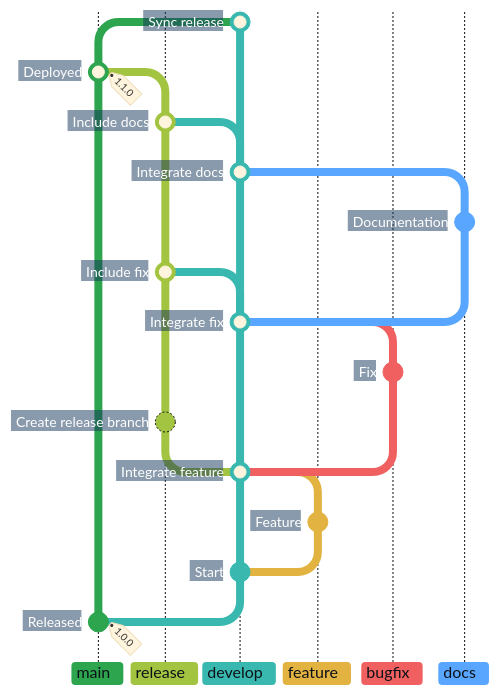
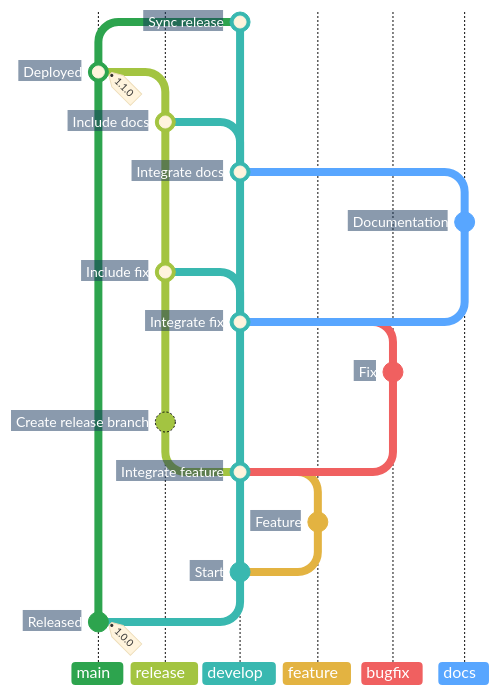
One commit to superhero/operations.superduper.solutions changed the first of 3 diagrams in docs/adr/cicd.md. Above: the diagram before and after it, drawn with Mermaid. The commit also changed other lines of this file, not shown here.

Commit message:
docs: tighten and brighten Git graph branch labels

````diff
--- a/docs/adr/cicd.md
+++ b/docs/adr/cicd.md
@@ -51,40 +51,40 @@
 ```mermaid
-%%{init: {"theme": "base", "themeCSS": ".commit-labels g:nth-last-of-type(-n+2) { visibility: hidden; } .commit-label { font-weight: 700; transform: translateX(-8px); } .commit-label-bkg { opacity: 1; stroke: #17365D; stroke-width: 20px; transform: translateX(-5px); clip-path: polygon(-4px -4px, calc(100% + 4px) -4px, calc(100% + 10px) 50%, calc(100% + 4px) calc(100% + 4px), -4px calc(100% + 4px)) fill-box; }", "gitGraph": {"showCommitLabel": true, "rotateCommitLabel": false}, "themeVariables": {
+%%{init: {"theme": "base", "themeCSS": ".branchLabel { font-weight: 700; } .branchLabelBkg { clip-path: inset(0 8px 0 0 round 4px) fill-box; } .commit-labels g:nth-last-of-type(-n+2) { visibility: hidden; } .commit-label { font-weight: 700; transform: translateX(-8px); } .commit-label-bkg { opacity: 1; stroke: #17365D; stroke-width: 20px; transform: translateX(-5px); clip-path: polygon(-4px -4px, calc(100% + 4px) -4px, calc(100% + 10px) 50%, calc(100% + 4px) calc(100% + 4px), -4px calc(100% + 4px)) fill-box; }", "gitGraph": {"showCommitLabel": true, "rotateCommitLabel": false}, "themeVariables": {
     "commitLabelFontSize": "14px", "commitLabelColor": "#FFFFFF", "commitLabelBackground": "#17365D",
-    "git0": "#2DA44E", "gitBranchLabel0": "#0D1117",
-    "git1": "#A3C441", "gitBranchLabel1": "#0D1117",
-    "git2": "#39B8B0", "gitBranchLabel2": "#0D1117",
-    "git3": "#E3B341", "gitBranchLabel3": "#0D1117",
-    "git4": "#F06060", "gitBranchLabel4": "#0D1117",
-    "git5": "#58A6FF", "gitBranchLabel5": "#0D1117"
+    "git0": "#2DA44E", "gitBranchLabel0": "#FFFFFF",
+    "git1": "#A3C441", "gitBranchLabel1": "#FFFFFF",
+    "git2": "#39B8B0", "gitBranchLabel2": "#FFFFFF",
+    "git3": "#E3B341", "gitBranchLabel3": "#FFFFFF",
+    "git4": "#F06060", "gitBranchLabel4": "#FFFFFF",
+    "git5": "#58A6FF", "gitBranchLabel5": "#FFFFFF"
 }}}%%
 gitGraph BT:
     %% In BT order, the last two label groups are the initial notes; the version tag stays visible.
     commit id: "Released" tag: "1.0.0"
     branch develop order: 2
     commit id: "Start"
     branch "feature" order: 3
     commit id: "Feature"
     checkout develop
     merge "feature" id: "Integrate feature"
     branch "release" order: 1
     commit id: "Create release branch"
     checkout develop
     branch "bugfix" order: 4
     commit id: "Fix"
     checkout develop
     merge "bugfix" id: "Integrate fix"
     checkout "release"
     merge develop id: "Include fix"
     checkout develop
     branch "docs" order: 5
     commit id: "Documentation"
     checkout develop
     merge "docs" id: "Integrate docs"
     checkout "release"
     merge develop id: "Include docs"
     checkout main
     merge "release" id: "Deployed" tag: "1.1.0"
     checkout develop
     merge main id: "Sync release"
 ```
````
